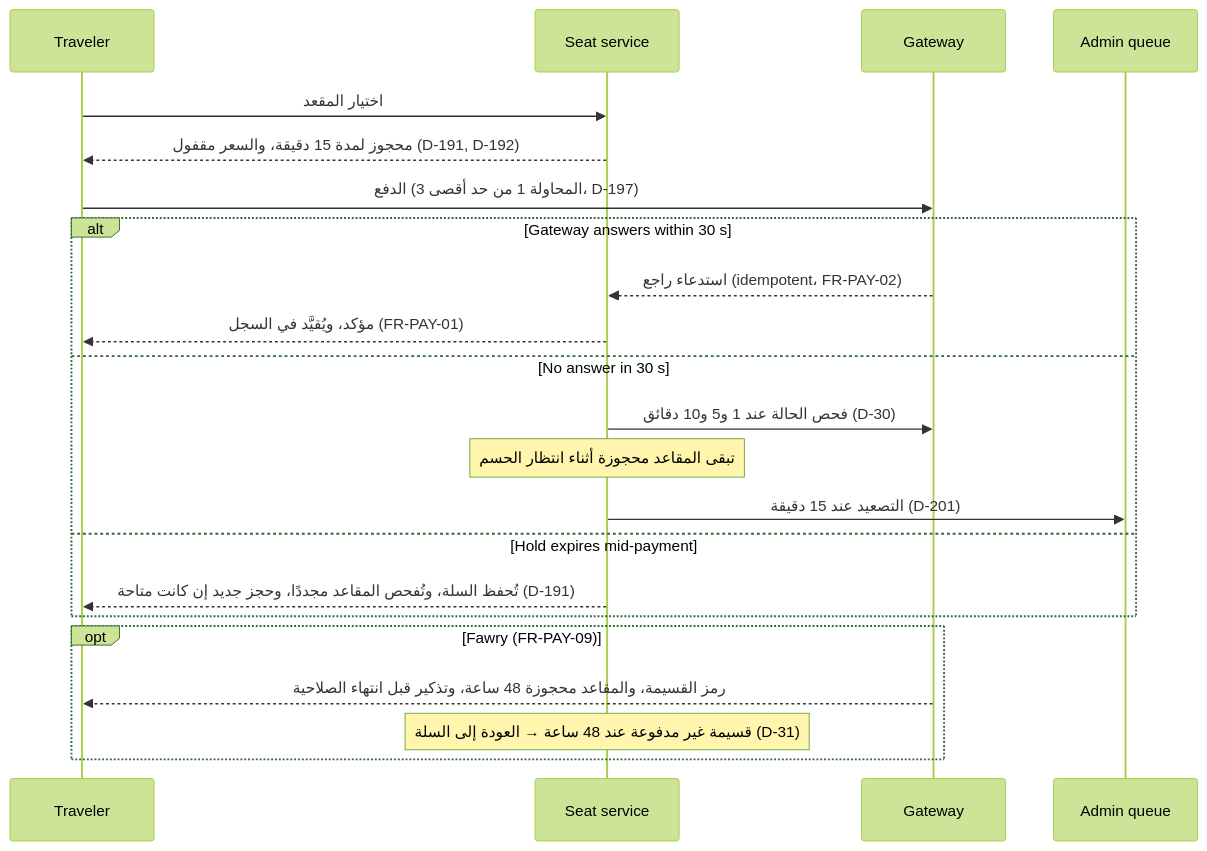
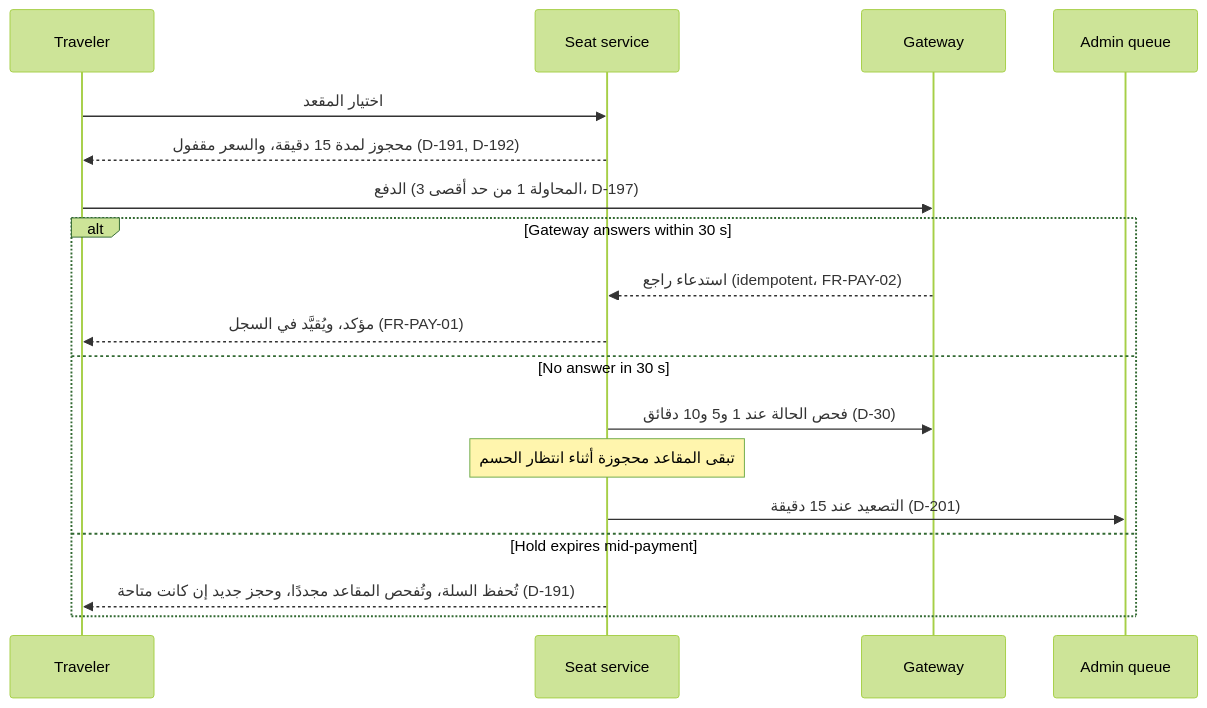
Before and after one commit to mohamedhabibwork/trips-enjoy-docs: the diagram in content/docs/ar/workflows/booking-payment.mdx, drawn with Mermaid (forest theme). The commit also changed other lines of this file and 117 other files, not shown here.

````diff
--- a/content/docs/ar/workflows/booking-payment.mdx
+++ b/content/docs/ar/workflows/booking-payment.mdx
@@ -18,24 +18,20 @@
 ```mermaid
 sequenceDiagram
     participant T as Traveler
     participant S as Seat service
     participant G as Gateway
     participant A as Admin queue
     T->>S: اختيار المقعد
     S-->>T: محجوز لمدة 15 دقيقة، والسعر مقفول (D-191, D-192)
     T->>G: الدفع (المحاولة 1 من حد أقصى 3، D-197)
     alt Gateway answers within 30 s
         G-->>S: استدعاء راجع (idempotent، FR-PAY-02)
         S-->>T: مؤكد، ويُقيَّد في السجل (FR-PAY-01)
     else No answer in 30 s
         S->>G: فحص الحالة عند 1 و5 و10 دقائق (D-30)
         Note over S: تبقى المقاعد محجوزة أثناء انتظار الحسم
         S->>A: التصعيد عند 15 دقيقة (D-201)
     else Hold expires mid-payment
         S-->>T: تُحفظ السلة، وتُفحص المقاعد مجددًا، وحجز جديد إن كانت متاحة (D-191)
     end
-    opt Fawry (FR-PAY-09)
-        G-->>T: رمز القسيمة، والمقاعد محجوزة 48 ساعة، وتذكير قبل انتهاء الصلاحية
-        Note over S: قسيمة غير مدفوعة عند 48 ساعة → العودة إلى السلة (D-31)
-    end
 ```
````
